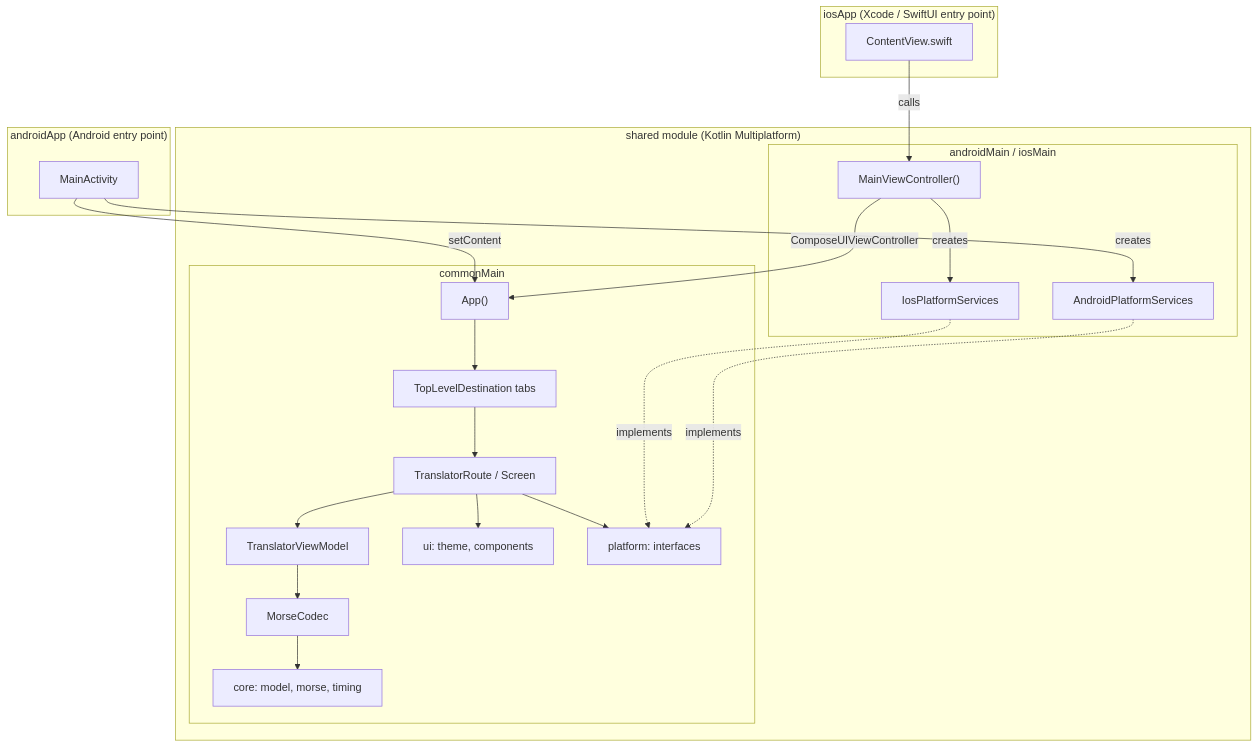
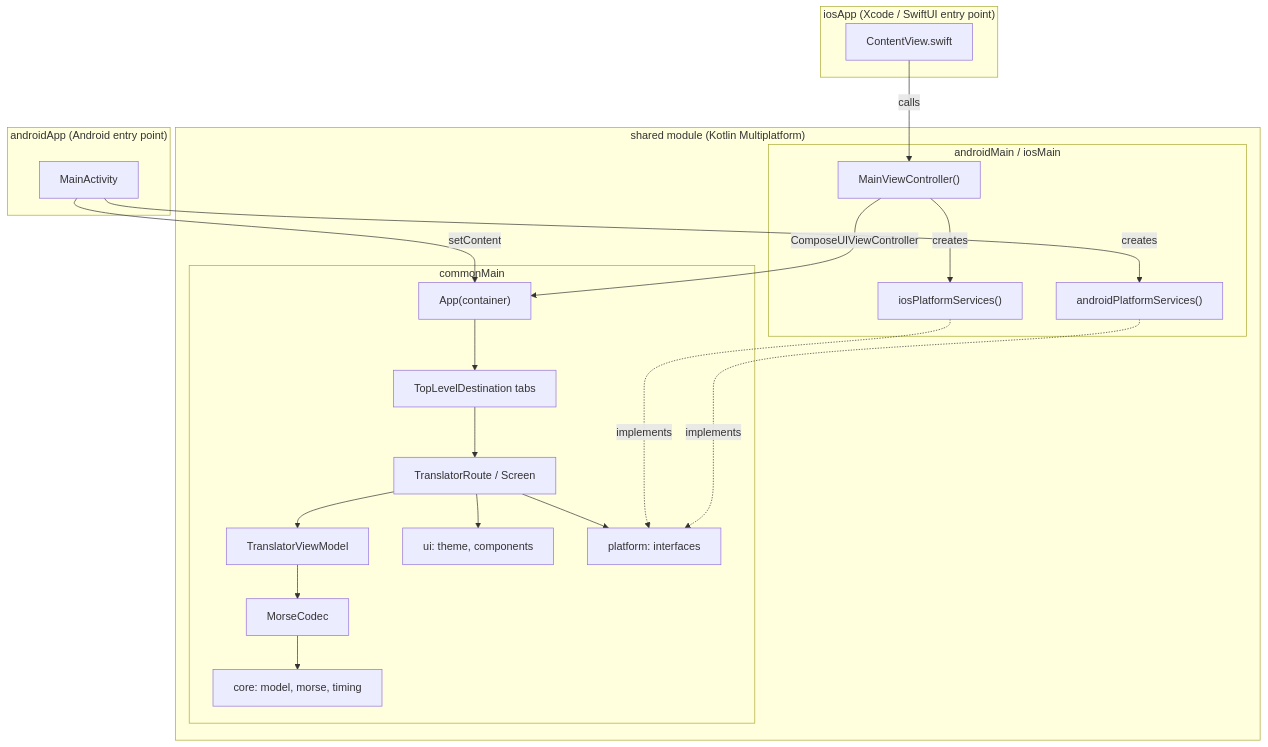
The diagram in docs/README.md (chankruze/morsekit), drawn with Mermaid before and after one commit. The commit also changed other lines of this file and 6 other files, not shown here.

First line of the commit message:
docs: document settings architecture and update roadmap

````diff
--- a/docs/README.md
+++ b/docs/README.md
@@ -21,39 +21,39 @@
 ```mermaid
 flowchart TB
     subgraph Android["androidApp (Android entry point)"]
         MA["MainActivity"]
     end
     subgraph iOS["iosApp (Xcode / SwiftUI entry point)"]
         CV["ContentView.swift"]
     end
 
     subgraph Shared["shared module (Kotlin Multiplatform)"]
         subgraph PlatformMain["androidMain / iosMain"]
-            APS["AndroidPlatformServices"]
-            IPS["IosPlatformServices"]
+            APS["androidPlatformServices()"]
+            IPS["iosPlatformServices()"]
             MVC["MainViewController()"]
         end
         subgraph Common["commonMain"]
-            App["App()"]
+            App["App(container)"]
             Nav["TopLevelDestination tabs"]
             TR["TranslatorRoute / Screen"]
             VM["TranslatorViewModel"]
             Codec["MorseCodec"]
             Core["core: model, morse, timing"]
             UI["ui: theme, components"]
             PS["platform: interfaces"]
         end
     end
 
     MA -->|"creates"| APS
     MA -->|"setContent"| App
     CV -->|"calls"| MVC
     MVC -->|"creates"| IPS
     MVC -->|"ComposeUIViewController"| App
     APS -.->|"implements"| PS
     IPS -.->|"implements"| PS
     App --> Nav --> TR
     TR --> VM --> Codec --> Core
     TR --> UI
     TR --> PS
 ```
````
